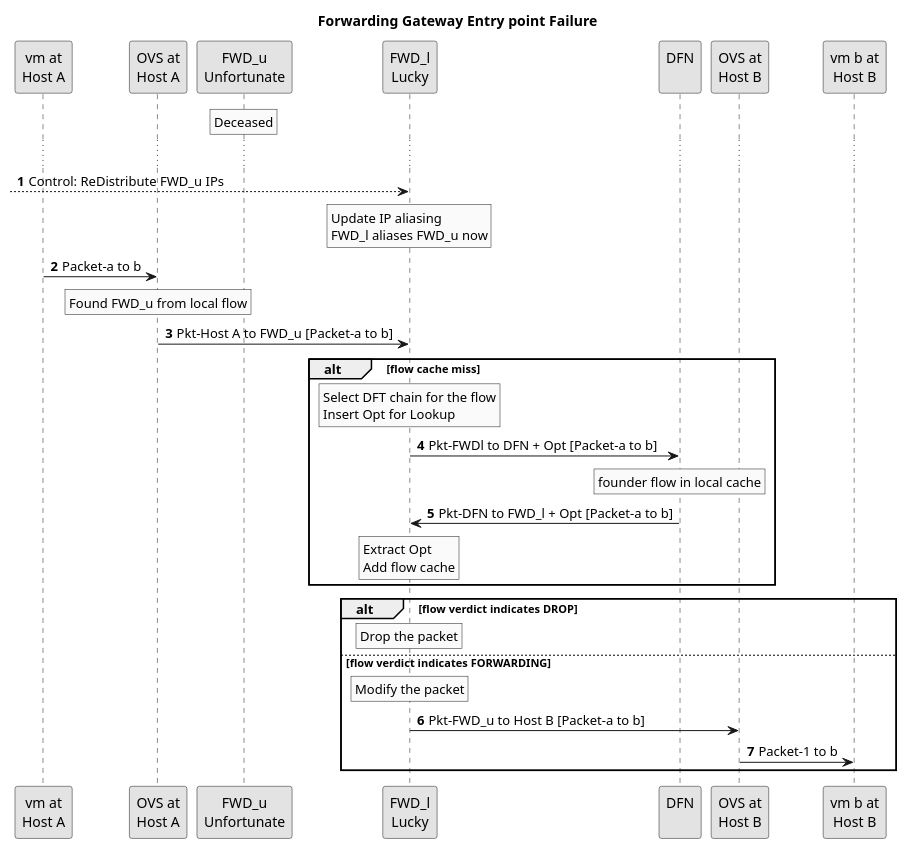
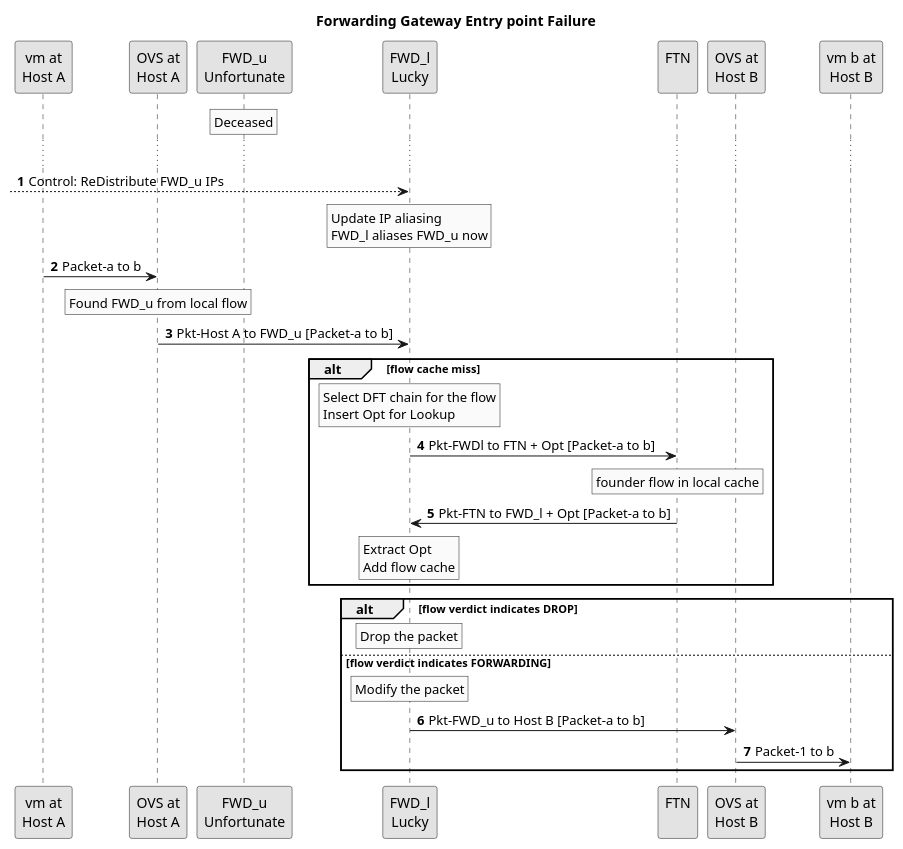
The diagram in docs/design/puml/zeta_packet_farwarding_failure_fwd.puml (CentaurusInfra/mizar), drawn with PlantUML before and after one commit. The commit also changed 13 other files, not shown here.

Commit message:
Zeta SDD: change DFN to FTN to be consistent

```diff
--- a/docs/design/puml/zeta_packet_farwarding_failure_fwd.puml
+++ b/docs/design/puml/zeta_packet_farwarding_failure_fwd.puml
@@ -1,76 +1,76 @@
 @startuml
 
 ' SPDX-License-Identifier: MIT
 ' Copyright (c) 2020 The Authors.
 
 ' Authors: Bin Liang
 
 ' Permission is hereby granted, free of charge, to any person obtaining a copy
 ' of this software and associated documentation files (the "Software"), to deal
 ' in the Software without restriction, including without limitation the rights
 ' to use, copy, modify, merge, publish, distribute, sublicense, and/or sell
 ' copies of the Software, and to permit persons to whom the Software is
 ' furnished to do so, subject to the following conditions:The above copyright
 ' notice and this permission notice shall be included in all copies or
 ' substantial portions of the Software.THE SOFTWARE IS PROVIDED "AS IS",
 ' WITHOUT WARRANTY OF ANY KIND, EXPRESS OR IMPLIED, INCLUDING BUT NOT LIMITED
 ' TO THE WARRANTIES OF MERCHANTABILITY, FITNESS FOR A PARTICULAR PURPOSE AND
 ' NONINFRINGEMENT. IN NO EVENT SHALL THE AUTHORS OR COPYRIGHT HOLDERS BE LIABLE
 ' FOR ANY CLAIM, DAMAGES OR OTHER LIABILITY, WHETHER IN AN ACTION OF CONTRACT,
 ' TORT OR OTHERWISE, ARISING FROM, OUT OF OR IN CONNECTION WITH THE SOFTWARE OR
 ' THE USE OR OTHER DEALINGS IN THE SOFTWARE.
 
 title Forwarding Gateway Entry point Failure
 skinparam monochrome true
 autonumber
 
 participant "vm at\nHost A" as a
 participant "OVS at\nHost A" as oa
 participant "FWD_u\nUnfortunate" as FWD_u
 participant "FWD_l\nLucky" as FWD_l
-participant "DFN\n" as DFN
+participant "FTN\n" as FTN
 participant "OVS at\nHost B" as ob
 participant "vm b at\nHost B" as b
 
 rnote over FWD_u
     Deceased
 endrnote
 ...
 [--> FWD_l: Control: ReDistribute FWD_u IPs
 rnote over FWD_l
     Update IP aliasing
     FWD_l aliases FWD_u now
 endrnote
 a -> oa: Packet-a to b
 rnote over oa
     Found FWD_u from local flow
 endrnote
 oa -> FWD_l: Pkt-Host A to FWD_u [Packet-a to b]
 alt flow cache miss
     rnote over FWD_l
         Select DFT chain for the flow
         Insert Opt for Lookup
     endrnote
-    FWD_l -> DFN: Pkt-FWDl to DFN + Opt [Packet-a to b]
-    rnote over DFN
+    FWD_l -> FTN: Pkt-FWDl to FTN + Opt [Packet-a to b]
+    rnote over FTN
         founder flow in local cache
     endrnote
-    DFN -> FWD_l: Pkt-DFN to FWD_l + Opt [Packet-a to b]
+    FTN -> FWD_l: Pkt-FTN to FWD_l + Opt [Packet-a to b]
     rnote over FWD_l
         Extract Opt
         Add flow cache
     endrnote
 end
 alt flow verdict indicates DROP
     rnote over FWD_l
         Drop the packet
     endrnote
 else flow verdict indicates FORWARDING
     rnote over FWD_l
         Modify the packet
     endrnote
     FWD_l -> ob: Pkt-FWD_u to Host B [Packet-a to b]
     ob -> b: Packet-1 to b
 end
 
 @enduml
```
